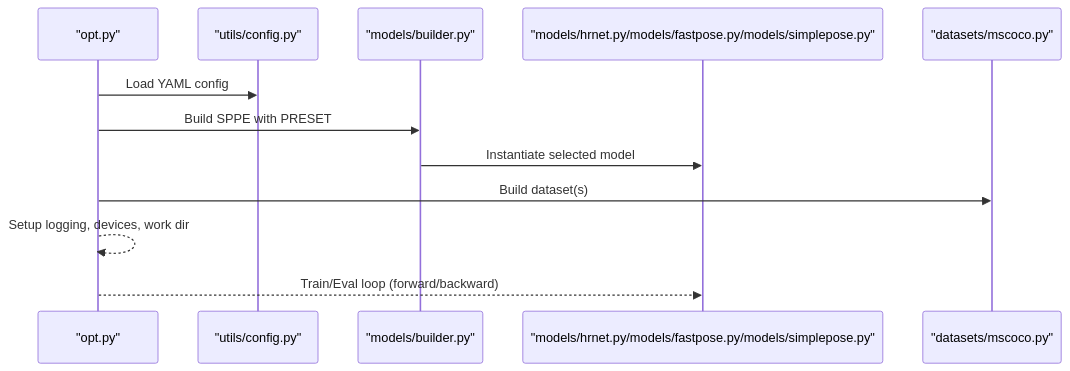
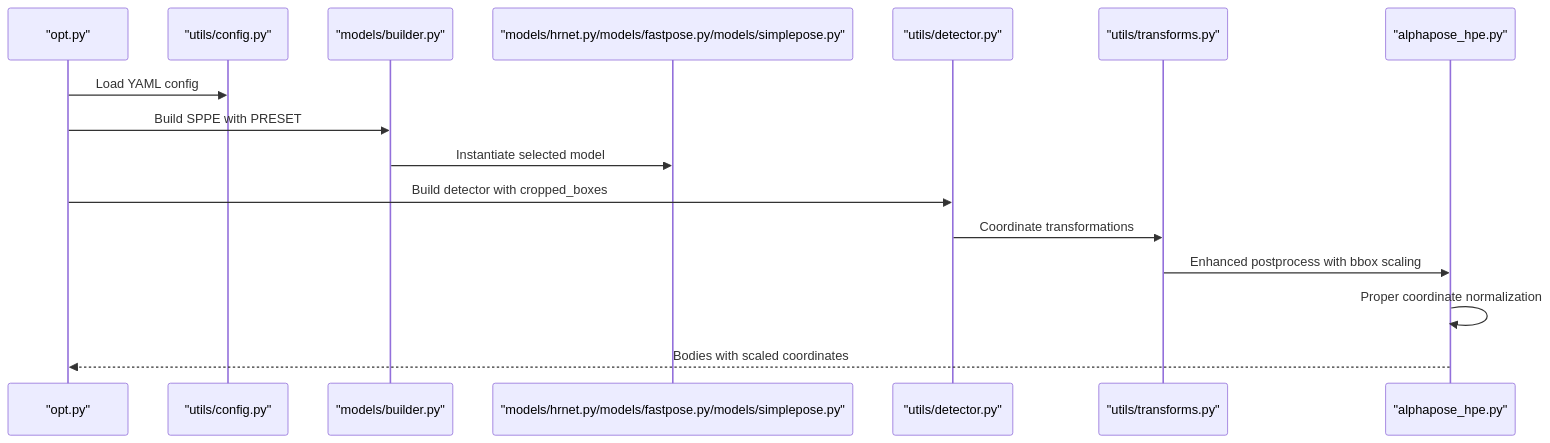
Before and after one commit to Fogus-Gr/MeasurementsDTs: the second of 10 diagrams in .qoder/repowiki/en/content/Model Implementations/AlphaPose Implementation.md, drawn with Mermaid. The commit also changed other lines of this file and 12 other files, not shown here.

````diff
--- a/.qoder/repowiki/en/content/Model Implementations/AlphaPose Implementation.md
+++ b/.qoder/repowiki/en/content/Model Implementations/AlphaPose Implementation.md
@@ -95,14 +122,18 @@
 ```mermaid
 sequenceDiagram
 participant CLI as "opt.py"
 participant CFG as "utils/config.py"
 participant REG as "models/builder.py"
 participant NET as "models/hrnet.py/models/fastpose.py/models/simplepose.py"
-participant DATA as "datasets/mscoco.py"
+participant DET as "utils/detector.py"
+participant TRANS as "utils/transforms.py"
+participant POST as "alphapose_hpe.py"
 CLI->>CFG : Load YAML config
 CLI->>REG : Build SPPE with PRESET
 REG->>NET : Instantiate selected model
-CLI->>DATA : Build dataset(s)
-CLI-->>CLI : Setup logging, devices, work dir
-CLI-->>NET : Train/Eval loop (forward/backward)
+CLI->>DET : Build detector with cropped_boxes
+DET->>TRANS : Coordinate transformations
+TRANS->>POST : Enhanced postprocess with bbox scaling
+POST->>POST : Proper coordinate normalization
+POST-->>CLI : Bodies with scaled coordinates
 ```
````
